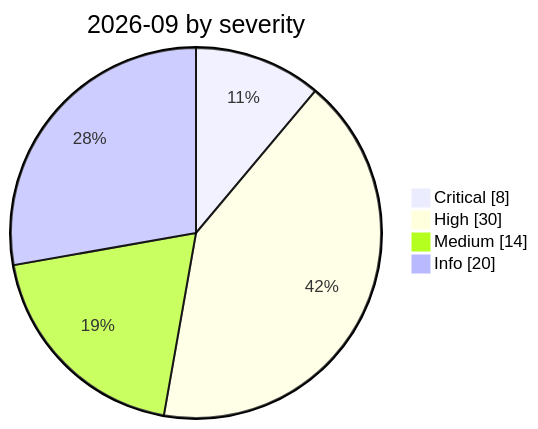
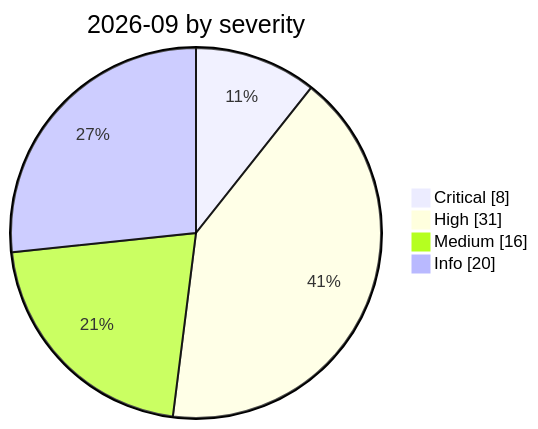
Before and after one commit to Continuum-AI-Corp/Orca-AI-Incident-Archive: the diagram in incidents/2026-09/README.md, drawn with Mermaid. The commit also changed other lines of this file and 35 other files, not shown here.

````diff
--- a/incidents/2026-09/README.md
+++ b/incidents/2026-09/README.md
@@ -8,8 +8,8 @@
 ```mermaid
 pie showData
     title 2026-09 by severity
     "Critical" : 8
-    "High" : 30
-    "Medium" : 14
+    "High" : 31
+    "Medium" : 16
     "Info" : 20
 ```
````
